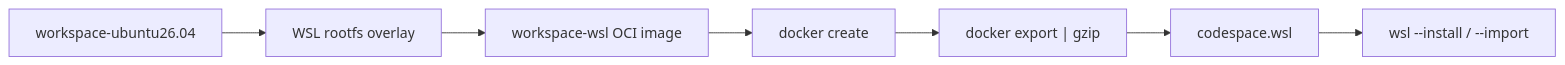
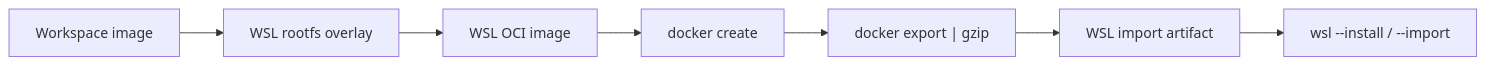
The first of 2 diagrams in platform/wsl/DESIGN.md (curoky/codespace), drawn with Mermaid before and after one commit. The commit also changed other lines of this file and 43 other files, not shown here.

````diff
--- a/platform/wsl/DESIGN.md
+++ b/platform/wsl/DESIGN.md
@@ -7,9 +7,9 @@
 ```mermaid
 flowchart LR
-    Workspace["workspace-ubuntu26.04"] --> Overlay["WSL rootfs overlay"]
-    Overlay --> Image["workspace-wsl OCI image"]
+    Workspace["Workspace image"] --> Overlay["WSL rootfs overlay"]
+    Overlay --> Image["WSL OCI image"]
     Image --> Create["docker create"]
     Create --> Export["docker export | gzip"]
-    Export --> Artifact["codespace.wsl"]
+    Export --> Artifact["WSL import artifact"]
     Artifact --> Import["wsl --install / --import"]
 ```
````
